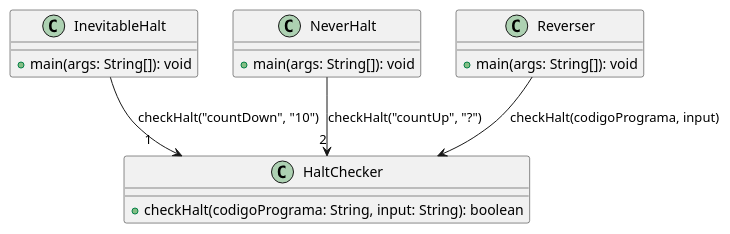
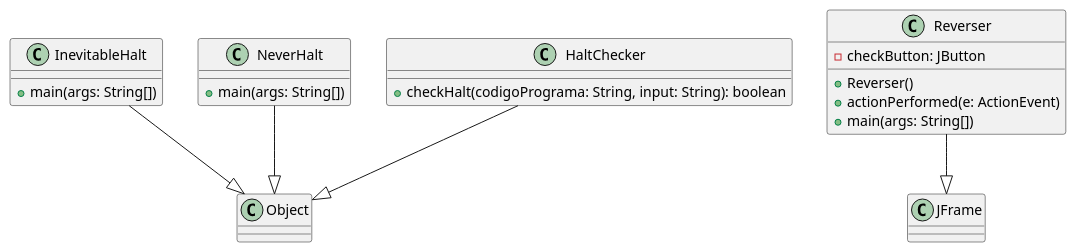
Before and after one commit to siraglez/TPexamen4: the diagram in src/main/java/diagramasUML/diagramaClases.puml, drawn with PlantUML.

Commit message:
actualizar diagrama clases

```diff
--- a/src/main/java/diagramasUML/diagramaClases.puml
+++ b/src/main/java/diagramasUML/diagramaClases.puml
@@ -1,23 +1,27 @@
 @startuml
 
 class InevitableHalt {
-    +main(args: String[]): void
+    + main(args: String[])
 }
 
 class NeverHalt {
-    +main(args: String[]): void
+    + main(args: String[])
 }
 
 class HaltChecker {
-    +checkHalt(codigoPrograma: String, input: String): boolean
+    + checkHalt(codigoPrograma: String, input: String): boolean
 }
 
 class Reverser {
-    +main(args: String[]): void
+    - checkButton: JButton
+    + Reverser()
+    + actionPerformed(e: ActionEvent)
+    + main(args: String[])
 }
 
-InevitableHalt --> "1" HaltChecker: checkHalt("countDown", "10")
-NeverHalt --> "2" HaltChecker: checkHalt("countUp", "?")
-Reverser --> HaltChecker: checkHalt(codigoPrograma, input)
+InevitableHalt --|> Object
+NeverHalt --|> Object
+HaltChecker --|> Object
+Reverser --|> JFrame
 
 @enduml
```
